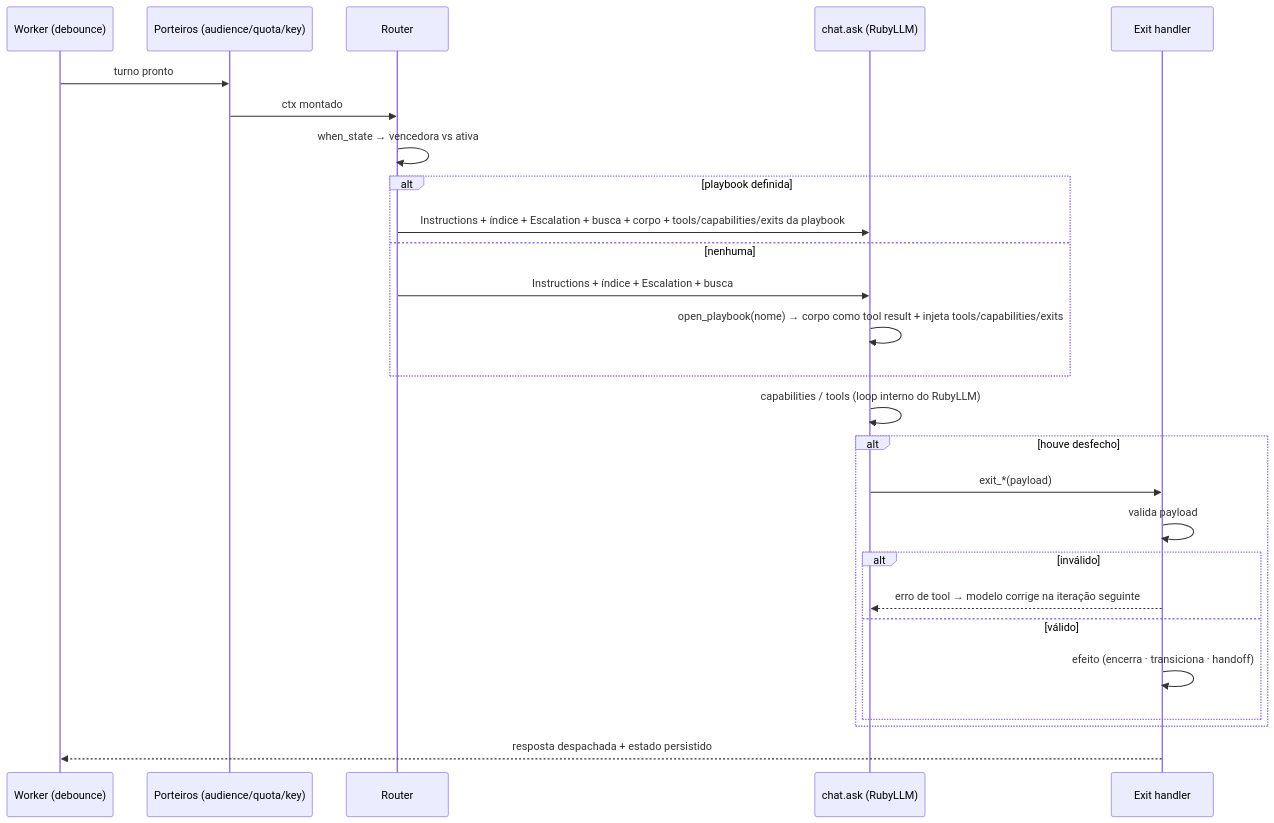
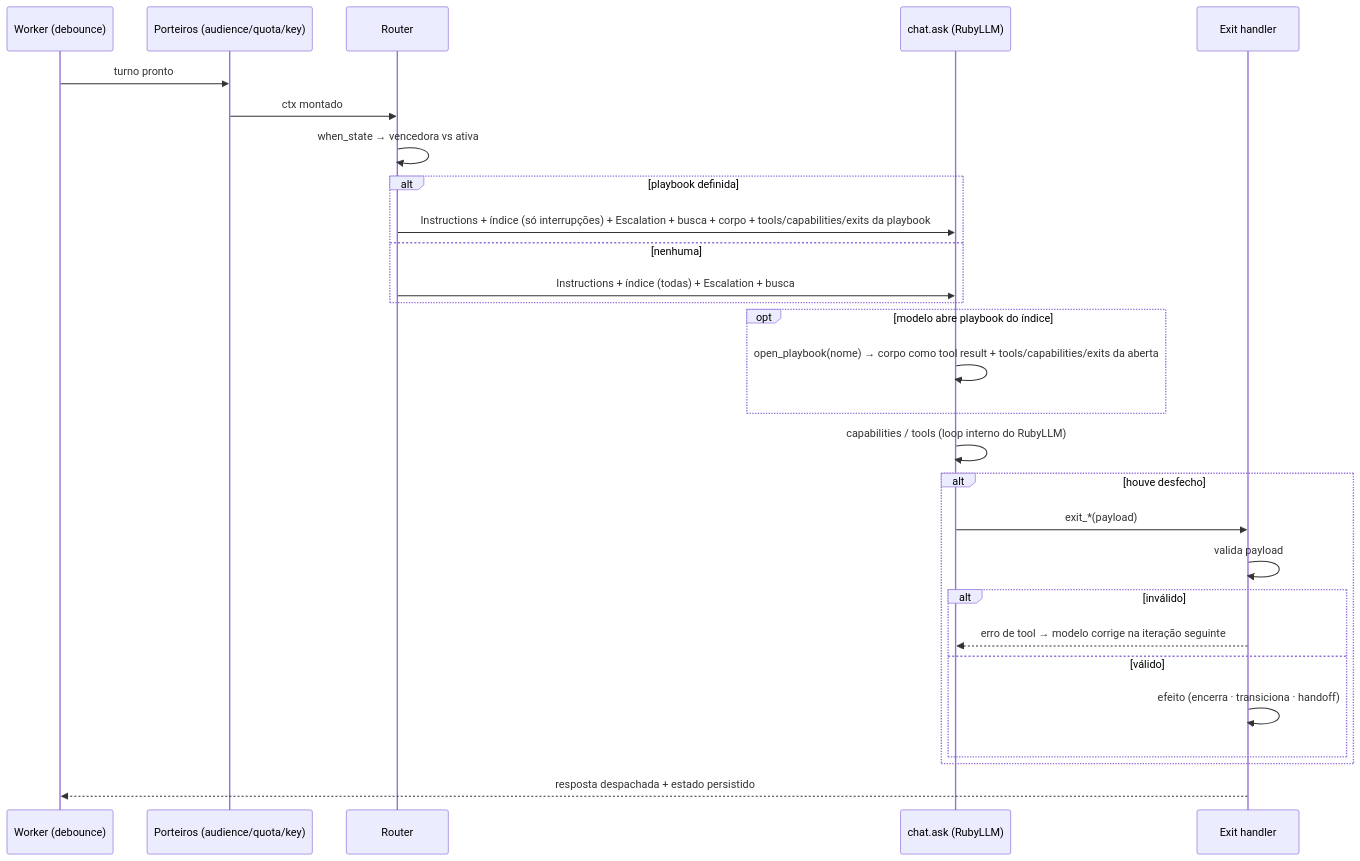
One commit to edneymatias/chatwoot changed the diagram in docs/kanban/ciclo 13/scoutv2/design.md. Above: the diagram before and after it, drawn with Mermaid. The commit also changed other lines of this file and 50 other files, not shown here.

First line of the commit message:
feat(scout_v2): implement typed instructions, playbook index, and open_playbook activation

````diff
--- a/docs/kanban/ciclo 13/scoutv2/design.md
+++ b/docs/kanban/ciclo 13/scoutv2/design.md
@@ -246,29 +247,31 @@
 ```mermaid
 sequenceDiagram
     participant W as Worker (debounce)
     participant G as Porteiros (audience/quota/key)
     participant R as Router
     participant L as chat.ask (RubyLLM)
     participant X as Exit handler
 
     W->>G: turno pronto
     G->>R: ctx montado
     R->>R: when_state → vencedora vs ativa
     alt playbook definida
-        R->>L: Instructions + índice + Escalation + busca + corpo + tools/capabilities/exits da playbook
+        R->>L: Instructions + índice (só interrupções) + Escalation + busca + corpo + tools/capabilities/exits da playbook
     else nenhuma
-        R->>L: Instructions + índice + Escalation + busca
-        L->>L: open_playbook(nome) → corpo como tool result + injeta tools/capabilities/exits
+        R->>L: Instructions + índice (todas) + Escalation + busca
+    end
+    opt modelo abre playbook do índice
+        L->>L: open_playbook(nome) → corpo como tool result + tools/capabilities/exits da aberta
     end
     L->>L: capabilities / tools (loop interno do RubyLLM)
     alt houve desfecho
         L->>X: exit_*(payload)
         X->>X: valida payload
         alt inválido
             X-->>L: erro de tool → modelo corrige na iteração seguinte
         else válido
             X->>X: efeito (encerra · transiciona · handoff)
         end
     end
     X-->>W: resposta despachada + estado persistido
 ```
````
